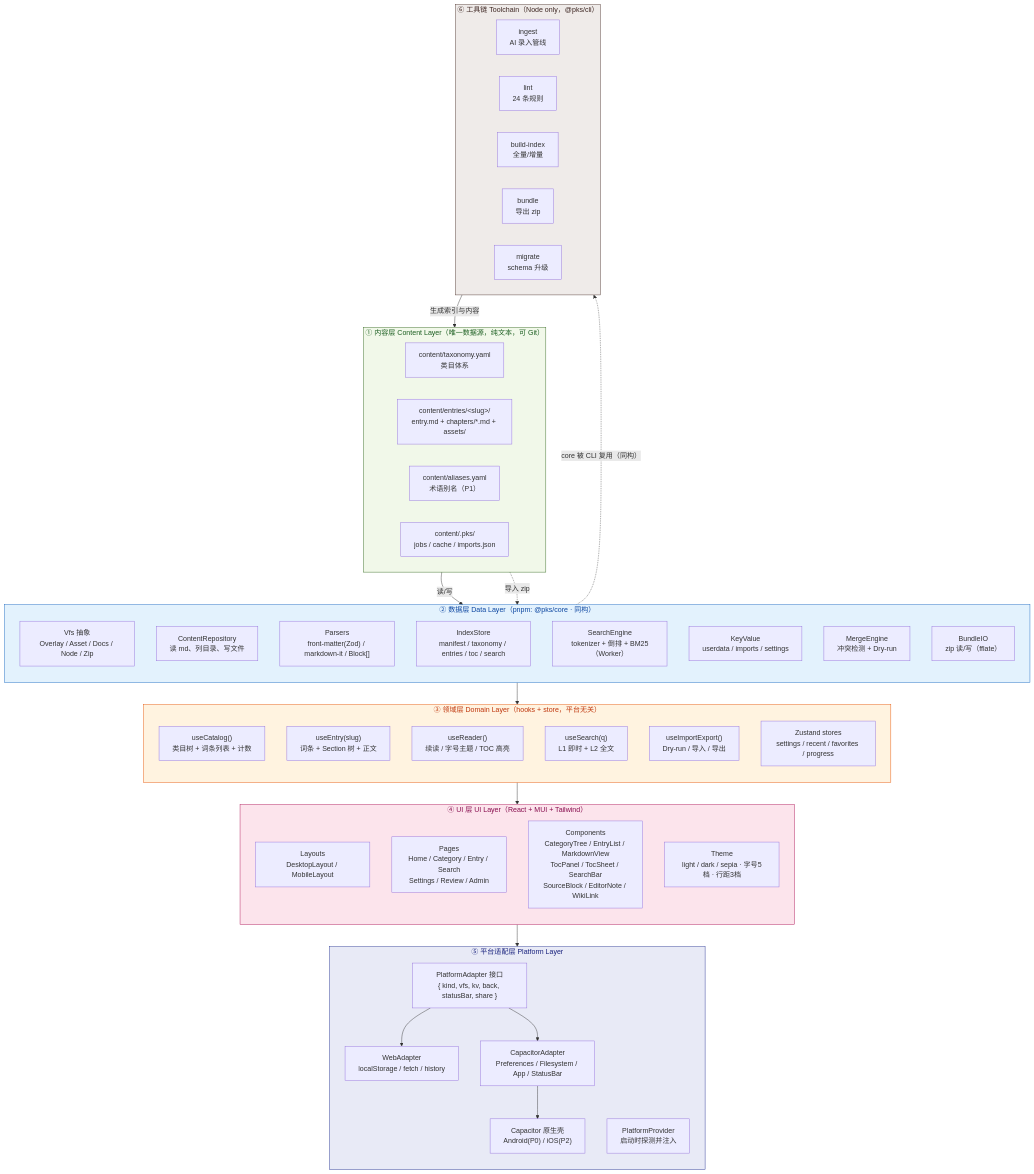
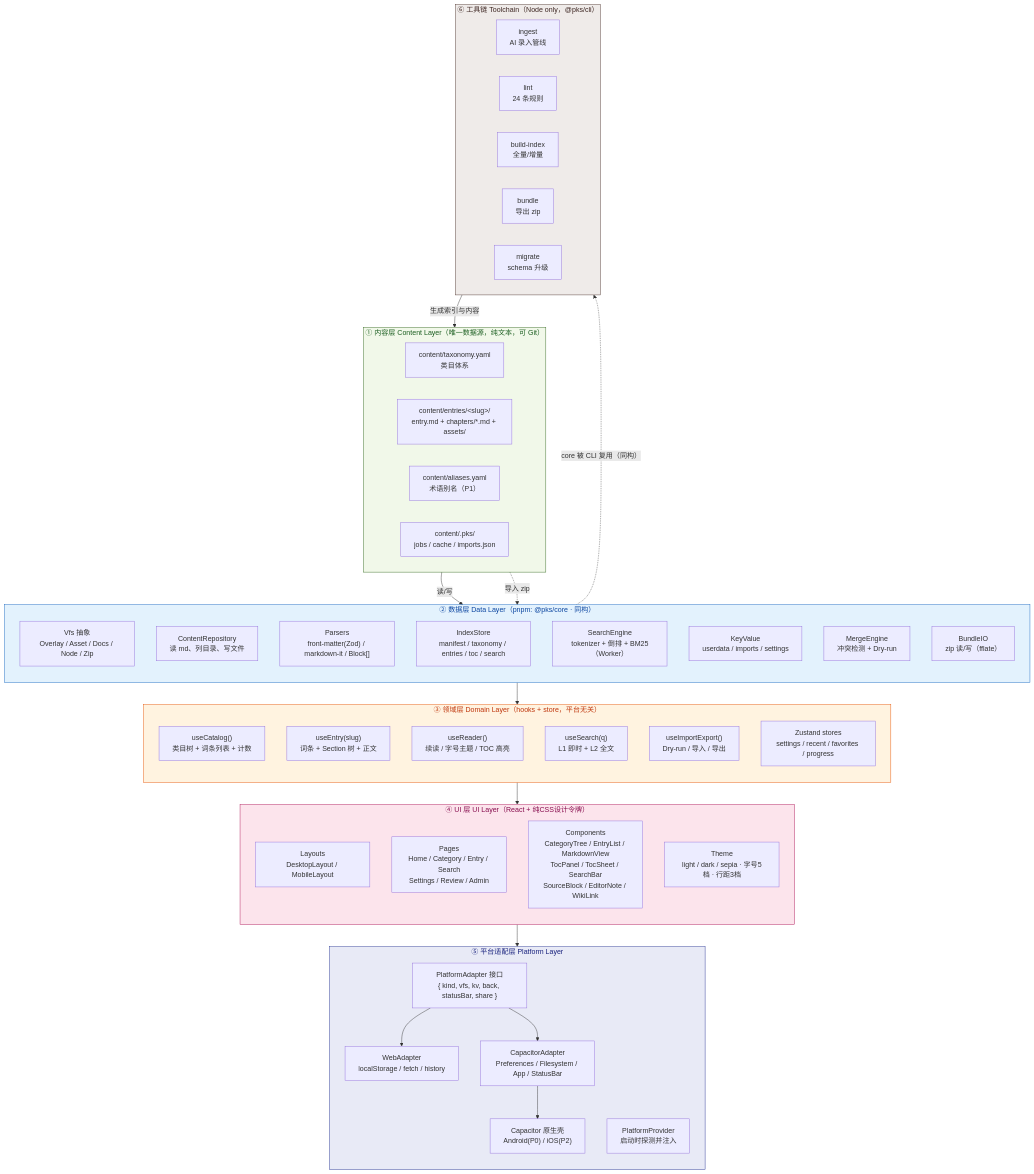
One commit to 0yyh/WorkBuddy--Knowledge changed the fourth of 11 diagrams in docs/02-架构设计-知识学习站.md. Above: the diagram before and after it, drawn with Mermaid. The commit also changed other lines of this file and 15 other files, not shown here.

````diff
--- a/docs/02-架构设计-知识学习站.md
+++ b/docs/02-架构设计-知识学习站.md
@@ -735,76 +735,76 @@
 ```mermaid
 graph TB
     subgraph L1["① 内容层 Content Layer（唯一数据源，纯文本，可 Git）"]
         direction LR
         C1["content/taxonomy.yaml<br/>类目体系"]
         C2["content/entries/&lt;slug&gt;/<br/>entry.md + chapters/*.md + assets/"]
         C3["content/aliases.yaml<br/>术语别名（P1）"]
         C4["content/.pks/<br/>jobs / cache / imports.json"]
     end
 
     subgraph L2["② 数据层 Data Layer（pnpm: @pks/core · 同构）"]
         direction TB
         D1["Vfs 抽象<br/>Overlay / Asset / Docs / Node / Zip"]
         D2["ContentRepository<br/>读 md、列目录、写文件"]
         D3["Parsers<br/>front-matter(Zod) / markdown-it / Block[]"]
         D4["IndexStore<br/>manifest / taxonomy / entries / toc / search"]
         D5["SearchEngine<br/>tokenizer + 倒排 + BM25（Worker）"]
         D6["KeyValue<br/>userdata / imports / settings"]
         D7["MergeEngine<br/>冲突检测 + Dry-run"]
         D8["BundleIO<br/>zip 读/写（fflate）"]
     end
 
     subgraph L3["③ 领域层 Domain Layer（hooks + store，平台无关）"]
         direction TB
         S1["useCatalog()<br/>类目树 + 词条列表 + 计数"]
         S2["useEntry(slug)<br/>词条 + Section 树 + 正文"]
         S3["useReader()<br/>续读 / 字号主题 / TOC 高亮"]
         S4["useSearch(q)<br/>L1 即时 + L2 全文"]
         S5["useImportExport()<br/>Dry-run / 导入 / 导出"]
         S6["Zustand stores<br/>settings / recent / favorites / progress"]
     end
 
-    subgraph L4["④ UI 层 UI Layer（React + MUI + Tailwind）"]
+    subgraph L4["④ UI 层 UI Layer（React + 纯CSS设计令牌）"]
         direction TB
         U1["Layouts<br/>DesktopLayout / MobileLayout"]
         U2["Pages<br/>Home / Category / Entry / Search<br/>Settings / Review / Admin"]
         U3["Components<br/>CategoryTree / EntryList / MarkdownView<br/>TocPanel / TocSheet / SearchBar<br/>SourceBlock / EditorNote / WikiLink"]
         U4["Theme<br/>light / dark / sepia · 字号5档 · 行距3档"]
     end
 
     subgraph L5["⑤ 平台适配层 Platform Layer"]
         direction TB
         P1["PlatformAdapter 接口<br/>{ kind, vfs, kv, back, statusBar, share }"]
         P2["WebAdapter<br/>localStorage / fetch / history"]
         P3["CapacitorAdapter<br/>Preferences / Filesystem / App / StatusBar"]
         P4["PlatformProvider<br/>启动时探测并注入"]
         P5["Capacitor 原生壳<br/>Android(P0) / iOS(P2)"]
     end
 
     subgraph L6["⑥ 工具链 Toolchain（Node only，@pks/cli）"]
         direction LR
         T1["ingest<br/>AI 录入管线"]
         T2["lint<br/>24 条规则"]
         T3["build-index<br/>全量/增量"]
         T4["bundle<br/>导出 zip"]
         T5["migrate<br/>schema 升级"]
     end
 
     L1 -->|"读/写"| L2
     L2 --> L3
     L3 --> L4
     L4 --> P1
     P1 --> P2
     P1 --> P3
     P3 --> P5
     L6 -->|"生成索引与内容"| L1
     L2 -.->|"core 被 CLI 复用（同构）"| L6
     L1 -.->|"导入 zip"| D8
 
     style L1 fill:#F1F8E9,stroke:#33691E,color:#1B5E20
     style L2 fill:#E3F2FD,stroke:#1565C0,color:#0D47A1
     style L3 fill:#FFF3E0,stroke:#E65100,color:#BF360C
     style L4 fill:#FCE4EC,stroke:#AD1457,color:#880E4F
     style L5 fill:#E8EAF6,stroke:#283593,color:#1A237E
     style L6 fill:#EFEBE9,stroke:#4E342E,color:#3E2723
 ```
````
